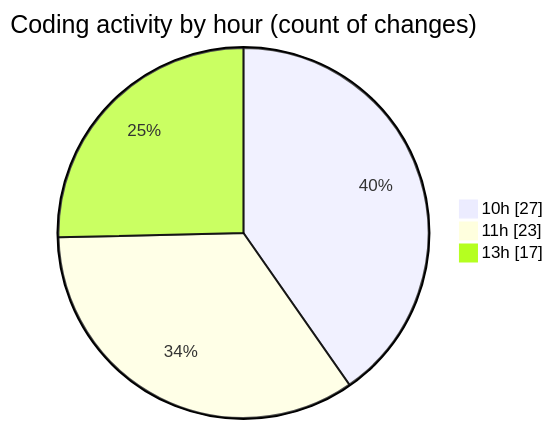
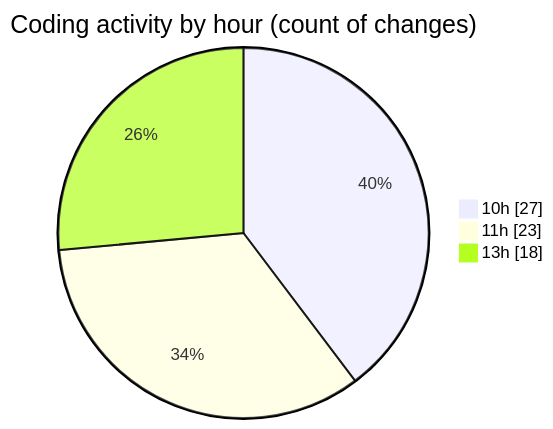
The second of 2 diagrams in 2026-10-06/cda/README.md (momahboobian/code-tracking), drawn with Mermaid before and after one commit. The commit also changed other lines of this file and 1 other file, not shown here.

````diff
--- a/2026-10-06/cda/README.md
+++ b/2026-10-06/cda/README.md
@@ -53,7 +54,7 @@
 ```mermaid
 pie showData
 title Coding activity by hour (count of changes)
 "10h" : 27
 "11h" : 23
-"13h" : 17
+"13h" : 18
 ```
````
